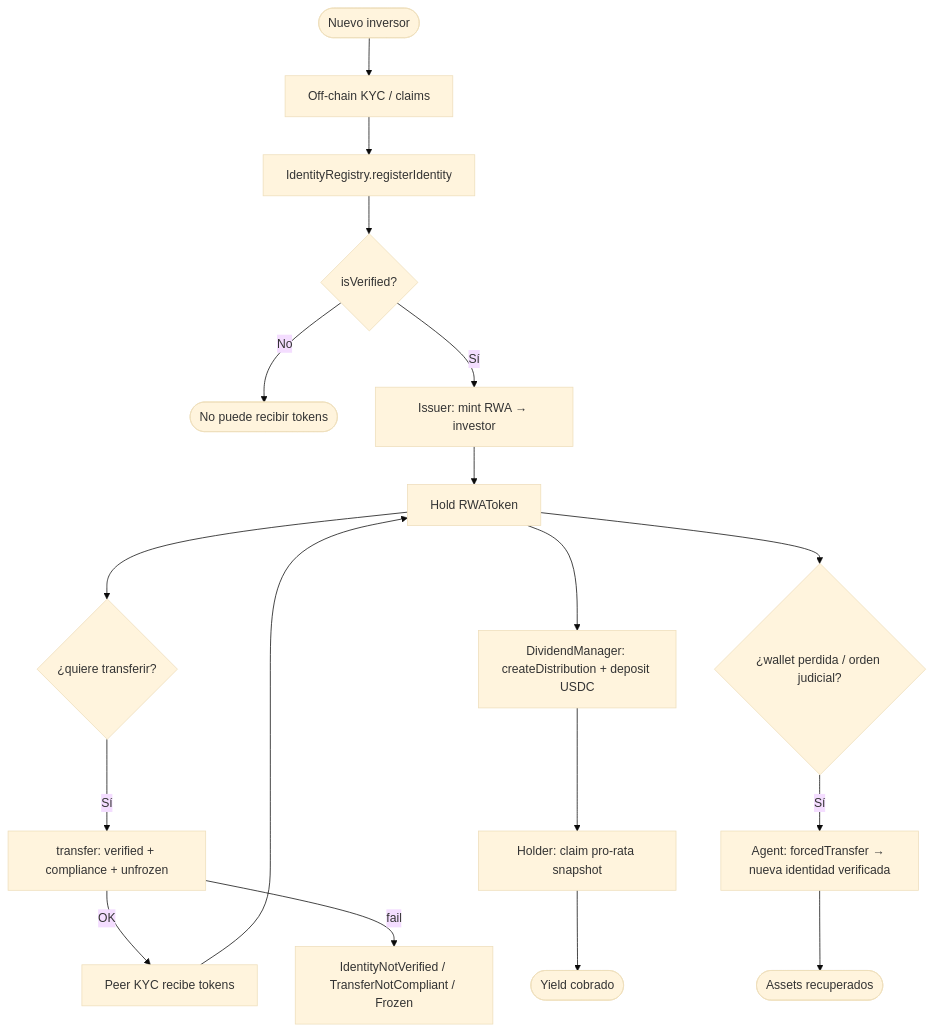
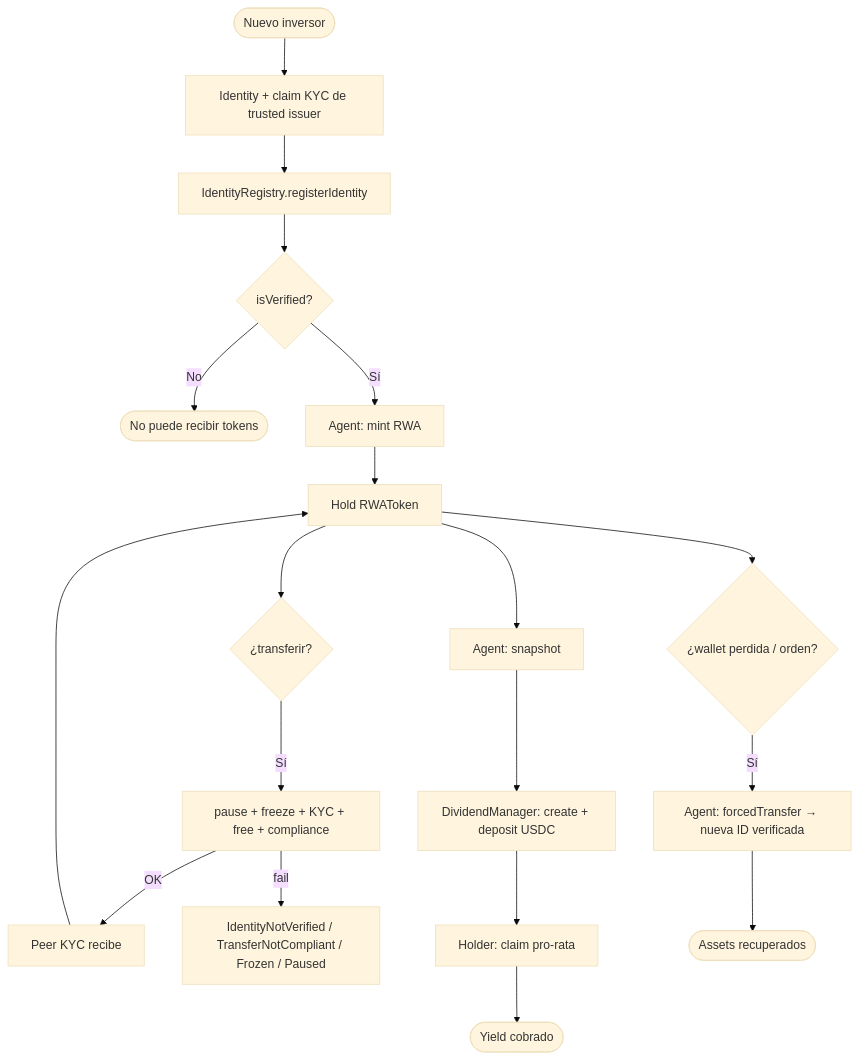
Before and after one commit to rastrahm/rwa-tokenization: the second of 6 diagrams in doc/flujograma.md, drawn with Mermaid (base theme). The commit also changed other lines of this file and 7 other files, not shown here.

````diff
--- a/doc/flujograma.md
+++ b/doc/flujograma.md
@@ -39,20 +42,21 @@
 ```mermaid
 flowchart TD
-    Start([Nuevo inversor]) --> KYC[Off-chain KYC / claims]
+    Start([Nuevo inversor]) --> KYC[Identity + claim KYC de trusted issuer]
     KYC --> Reg[IdentityRegistry.registerIdentity]
     Reg --> Ver{isVerified?}
     Ver -->|No| Block([No puede recibir tokens])
-    Ver -->|Sí| Mint[Issuer: mint RWA → investor]
+    Ver -->|Sí| Mint[Agent: mint RWA]
     Mint --> Hold[Hold RWAToken]
-    Hold --> Tx{¿quiere transferir?}
-    Tx -->|Sí| Gate[transfer: verified + compliance + unfrozen]
-    Gate -->|OK| Peer[Peer KYC recibe tokens]
-    Gate -->|fail| Rev[IdentityNotVerified / TransferNotCompliant / Frozen]
-    Hold --> Dist[DividendManager: createDistribution + deposit USDC]
-    Dist --> Claim[Holder: claim pro-rata snapshot]
-    Hold --> Lost{¿wallet perdida / orden judicial?}
-    Lost -->|Sí| Force[Agent: forcedTransfer → nueva identidad verificada]
+    Hold --> Tx{¿transferir?}
+    Tx -->|Sí| Gate[pause + freeze + KYC + free + compliance]
+    Gate -->|OK| Peer[Peer KYC recibe]
+    Gate -->|fail| Rev[IdentityNotVerified / TransferNotCompliant / Frozen / Paused]
+    Hold --> Snap[Agent: snapshot]
+    Snap --> Dist[DividendManager: create + deposit USDC]
+    Dist --> Claim[Holder: claim pro-rata]
+    Hold --> Lost{¿wallet perdida / orden?}
+    Lost -->|Sí| Force[Agent: forcedTransfer → nueva ID verificada]
     Force --> Recovered([Assets recuperados])
     Claim --> Done([Yield cobrado])
     Peer --> Hold
 ```
````
